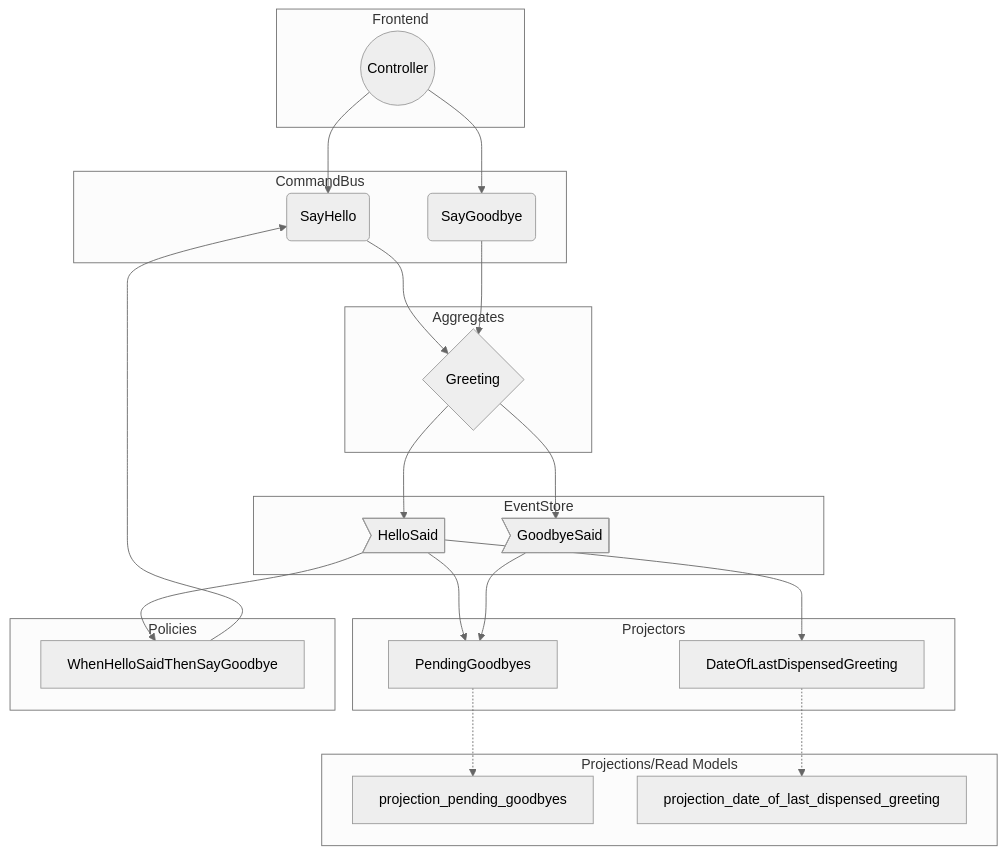
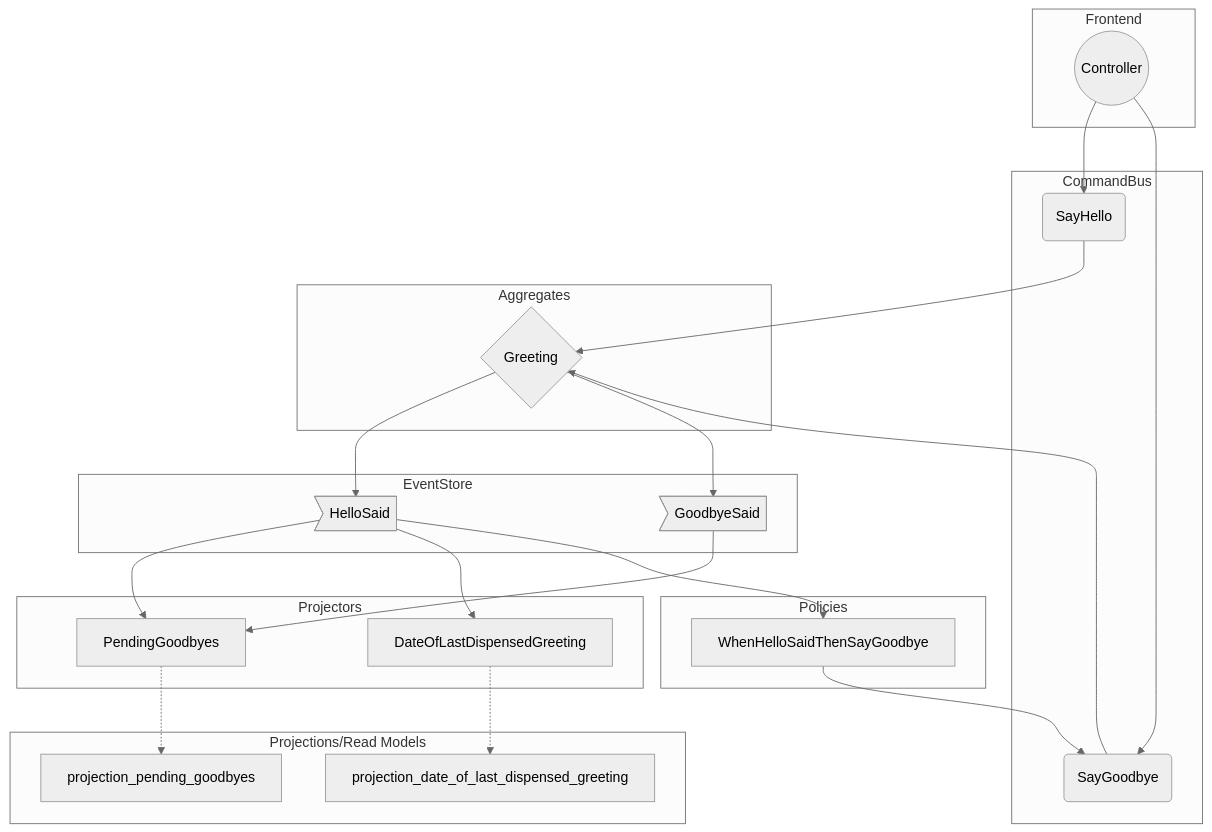
The diagram in test/EventSourcing/Example/README.md (Ocramius/event-sourcing-workshop), drawn with Mermaid (neutral theme) before and after one commit.

Commit message:
Adjusted policy command reference: copy-paste error

````diff
--- a/test/EventSourcing/Example/README.md
+++ b/test/EventSourcing/Example/README.md
@@ -32,38 +32,38 @@
 ```mermaid
 graph TB
    subgraph Frontend
       Controller((Controller))
    end
    
    subgraph CommandBus
       Controller --> SayHello(SayHello)
       Controller --> SayGoodbye(SayGoodbye)
    end
    
    subgraph Aggregates
       SayHello --> Greeting{Greeting}
       SayGoodbye --> Greeting{Greeting}
    end
    
    subgraph EventStore
       Greeting --> HelloSaid>HelloSaid]
       Greeting --> GoodbyeSaid>GoodbyeSaid]
    end
    
    subgraph Projectors
       PendingGoodbyes[PendingGoodbyes]
       HelloSaid --> PendingGoodbyes
       GoodbyeSaid --> PendingGoodbyes
       HelloSaid --> DateOfLastDispensedGreeting[DateOfLastDispensedGreeting]
    end
    
    subgraph Projections/Read Models
       PendingGoodbyes -.-> projection_pending_goodbyes
       DateOfLastDispensedGreeting -.-> projection_date_of_last_dispensed_greeting
    end
    
    subgraph Policies
       HelloSaid --> WhenHelloSaidThenSayGoodbye[WhenHelloSaidThenSayGoodbye]
-      WhenHelloSaidThenSayGoodbye --> SayHello
+      WhenHelloSaidThenSayGoodbye --> SayGoodbye
    end
 ```
````
